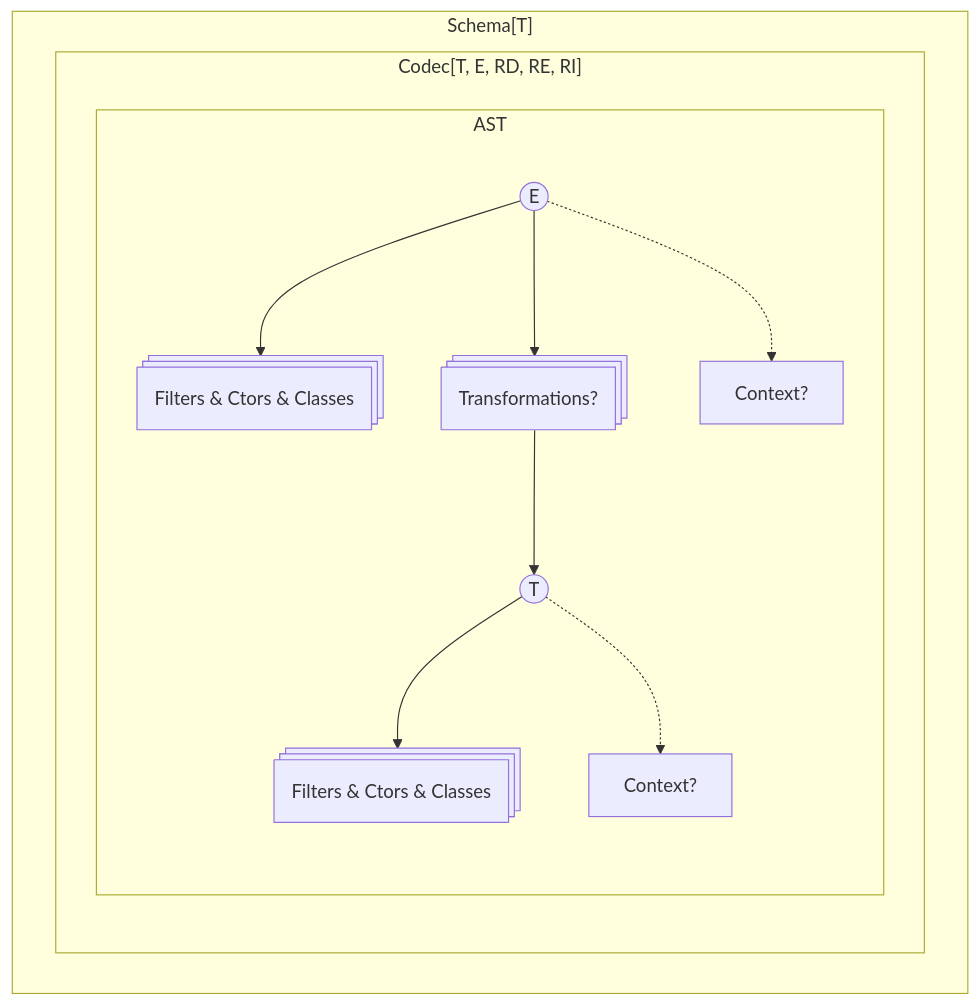
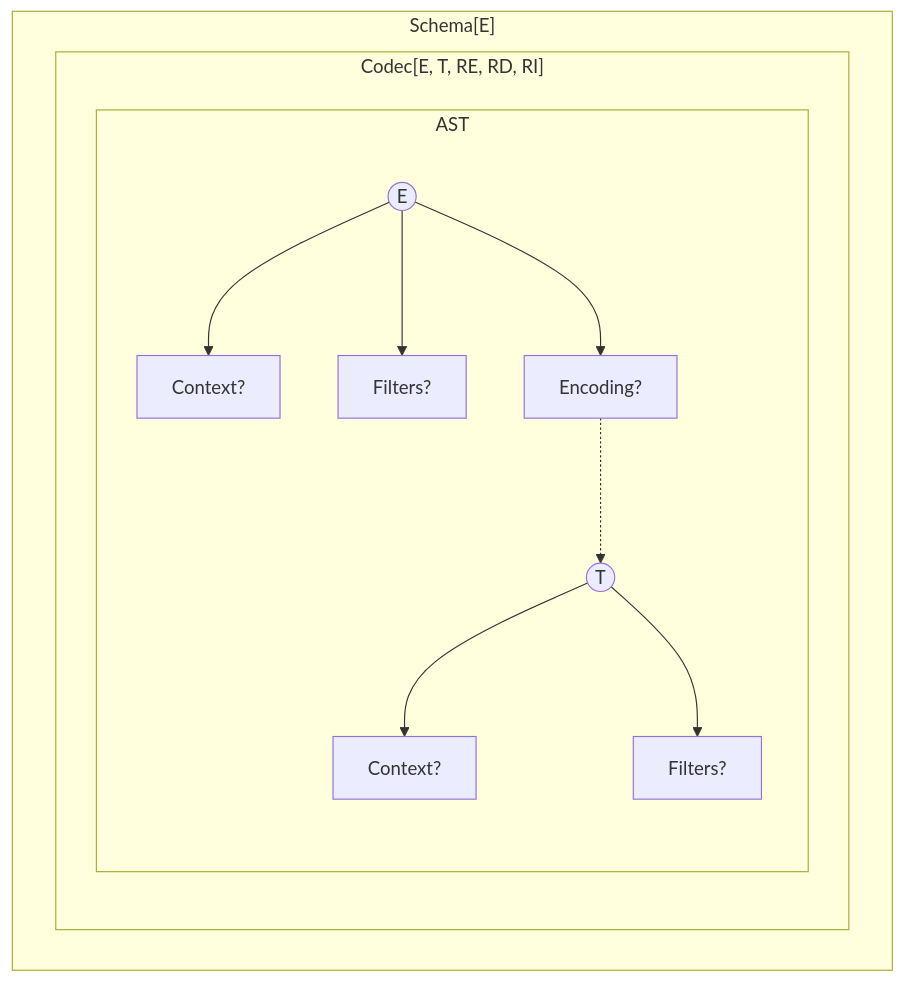
One commit to Effect-TS/effect-smol changed the second of 3 diagrams in SCHEMA.md. Above: the diagram before and after it, drawn with Mermaid. The commit also changed other lines of this file and 10 other files, not shown here.

````diff
--- a/SCHEMA.md
+++ b/SCHEMA.md
@@ -28,20 +28,20 @@
 ```mermaid
 flowchart TD
-  subgraph "Schema[T]"
-  subgraph "Codec[T, E, RD, RE, RI]"
+  subgraph "Schema[E]"
+  subgraph "Codec[E, T, RE, RD, RI]"
   subgraph AST
-    E@{ shape: circle, label: "E" }
-    ModifiersT@{ shape: procs, label: "Filters & Ctors & Classes"}
-    ModifiersE@{ shape: procs, label: "Filters & Ctors & Classes"}
-    Transformations@{ shape: procs, label: "Transformations?"}
-    T@{ shape: circle, label: "T" }
-    T --> ModifiersT
-    T .-> TC[Context?]
-    E --> ModifiersE
-    E --> Transformations
-    E .-> EC[Context?]
-    Transformations --> T
+    T@{ shape: circle, label: "E" }
+    E@{ shape: circle, label: "T" }
+    FiltersT[Filters?]
+    FiltersE[Filters?]
+    Encoding[Encoding?]
+    T --> TC[Context?]
+    T --> FiltersT
+    E --> EC[Context?]
+    E --> FiltersE
+    T --> Encoding
+    Encoding .-> E
   end
   end
   end
 ```
````
